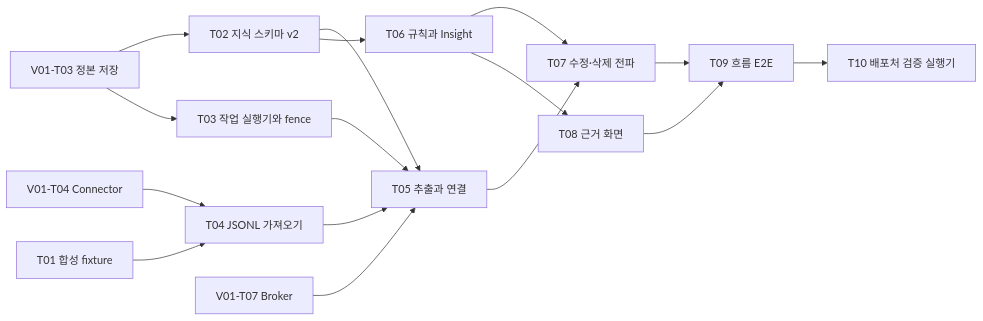
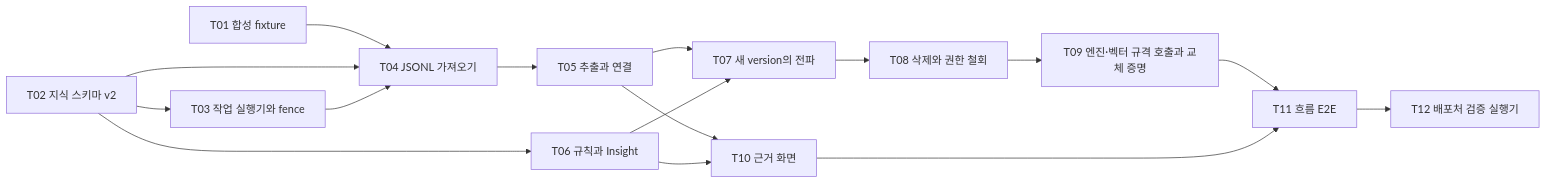
Before and after one commit to nohdol97/PKI: the second of 2 diagrams in docs/specs/2026-11-21-V02-vertical-slice.md, drawn with Mermaid. The commit also changed other lines of this file and 13 other files, not shown here.

````diff
--- a/docs/specs/2026-11-21-V02-vertical-slice.md
+++ b/docs/specs/2026-11-21-V02-vertical-slice.md
@@ -120,18 +129,18 @@
 ```mermaid
 flowchart LR
-  V1S["V01-T03 정본 저장"] --> T02["T02 지식 스키마 v2"]
-  V1S --> T03["T03 작업 실행기와 fence"]
-  V1C["V01-T04 Connector"] --> T04["T04 JSONL 가져오기"]
-  T01["T01 합성 fixture"] --> T04
-  T02 --> T05["T05 추출과 연결"]
-  T03 --> T05
-  T04 --> T05
-  V1B["V01-T07 Broker"] --> T05
+  T01["T01 합성 fixture"] --> T04["T04 JSONL 가져오기"]
+  T02["T02 지식 스키마 v2"] --> T03["T03 작업 실행기와 fence"]
+  T02 --> T04
+  T03 --> T04
+  T04 --> T05["T05 추출과 연결"]
   T02 --> T06["T06 규칙과 Insight"]
-  T05 --> T07["T07 수정·삭제 전파"]
+  T05 --> T07["T07 새 version의 전파"]
   T06 --> T07
-  T06 --> T08["T08 근거 화면"]
-  T07 --> T09["T09 흐름 E2E"]
-  T08 --> T09
-  T09 --> T10["T10 배포처 검증 실행기"]
+  T07 --> T08["T08 삭제와 권한 철회"]
+  T08 --> T09["T09 엔진·벡터 규격 호출과 교체 증명"]
+  T05 --> T10["T10 근거 화면"]
+  T06 --> T10
+  T09 --> T11["T11 흐름 E2E"]
+  T10 --> T11
+  T11 --> T12["T12 배포처 검증 실행기"]
 ```
````
